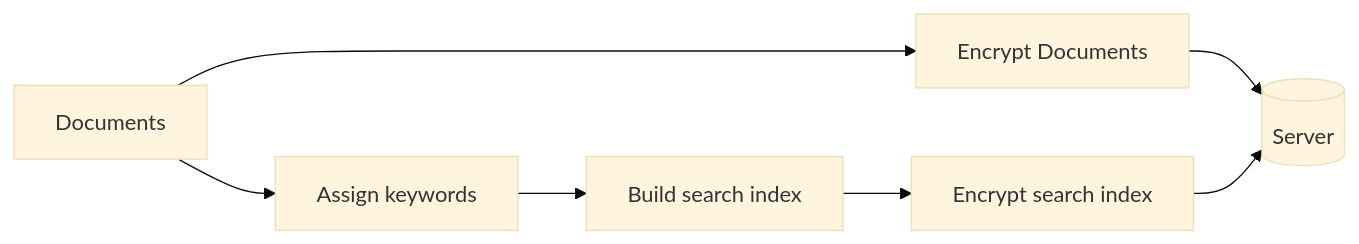
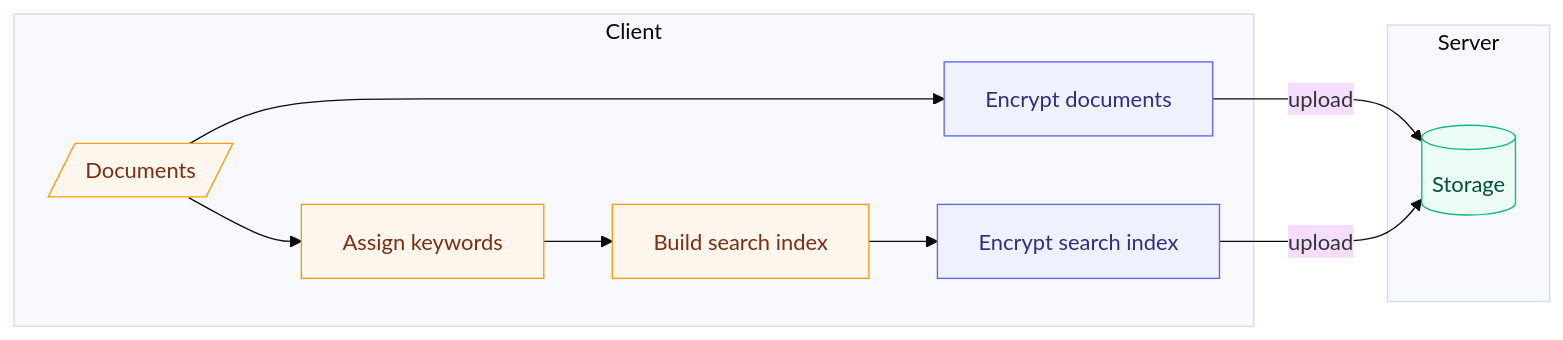
The first of 2 diagrams in _posts/2026-08-10-sirap.md (testoupr/testoupr.github.io), drawn with Mermaid (base theme) before and after one commit. The commit also changed other lines of this file, not shown here.

Commit message:
SIRAP post: nicer SSE flowcharts (Client/Server zones, shapes, index no longer a cylinder)

````diff
--- a/_posts/2026-08-10-sirap.md
+++ b/_posts/2026-08-10-sirap.md
@@ -56,9 +56,22 @@
 ```mermaid
 flowchart LR
-    D[Documents] --> P[Assign keywords]
-    D --> E[Encrypt Documents]
-    E --> DB[(Server)]
-    P --> IDX[Build search index]
-    IDX --> EID[Encrypt search index]
-    EID --> DB
+  subgraph Client
+    D[/Documents/]
+    D --> K[Assign keywords]
+    D --> ED[Encrypt documents]
+    K --> IDX[Build search index]
+    IDX --> EI[Encrypt search index]
+  end
+  subgraph Server
+    S[(Storage)]
+  end
+  ED -- upload --> S
+  EI -- upload --> S
+
+  classDef plain fill:#fff7ed,stroke:#f59e0b,color:#7c2d12;
+  classDef enc fill:#eef2ff,stroke:#6366f1,color:#312e81;
+  classDef store fill:#ecfdf5,stroke:#10b981,color:#064e3b;
+  class D,K,IDX plain;
+  class ED,EI enc;
+  class S store;
 ```
````
